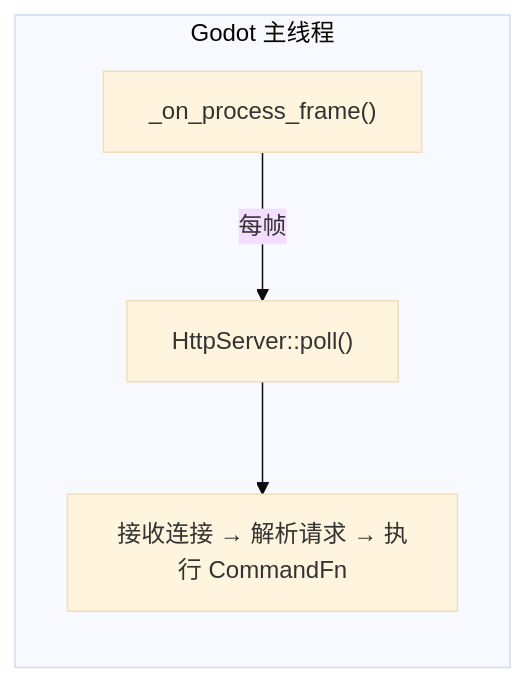
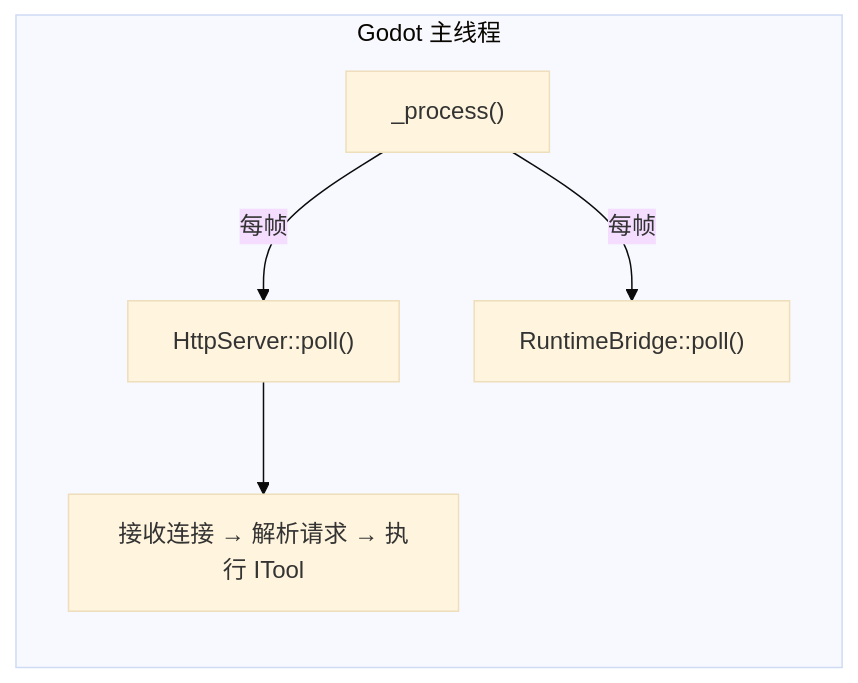
One commit to jesspig/GodotMCP-GDExtension changed the second of 4 diagrams in docs/zh/guide/architecture.md. Above: the diagram before and after it, drawn with Mermaid (base theme). The commit also changed other lines of this file and 18 other files, not shown here.

````diff
--- a/docs/zh/guide/architecture.md
+++ b/docs/zh/guide/architecture.md
@@ -47,9 +47,11 @@
 ```mermaid
 flowchart LR
     subgraph MAIN["Godot 主线程"]
-        A["_on_process_frame()"]
+        A["_process()"]
         C["HttpServer::poll()"]
-        D["接收连接 → 解析请求 → 执行 CommandFn"]
+        D["接收连接 → 解析请求 → 执行 ITool"]
+        E["RuntimeBridge::poll()"]
     end
     A -->|每帧| C --> D
+    A -->|每帧| E
 ```
````
